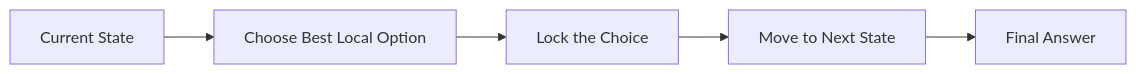
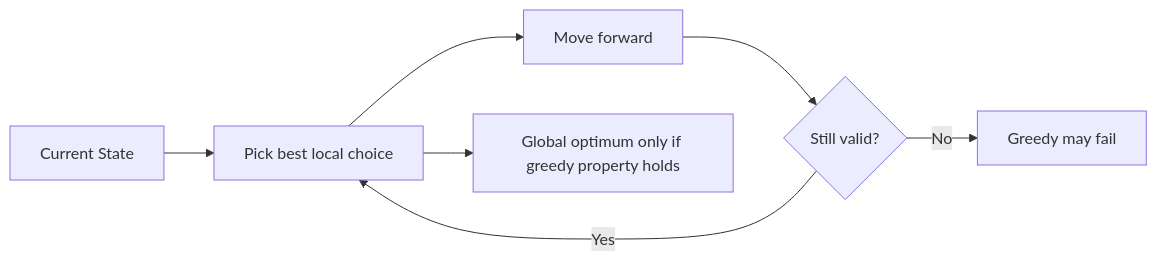
One commit to mthaiseer/springcloud-systemdesign-notes changed the first of 23 diagrams in CP_DSA_NOTES/TOPIC_WISE/greedy_patterns_visual_reference.md. Above: the diagram before and after it, drawn with Mermaid. The commit also changed other lines of this file, not shown here.

````diff
--- a/CP_DSA_NOTES/TOPIC_WISE/greedy_patterns_visual_reference.md
+++ b/CP_DSA_NOTES/TOPIC_WISE/greedy_patterns_visual_reference.md
@@ -39,7 +47,9 @@
 ```mermaid
 flowchart LR
-    A[Current State] --> B[Choose Best Local Option]
-    B --> C[Lock the Choice]
-    C --> D[Move to Next State]
-    D --> E[Final Answer]
+    A[Current State] --> B[Pick best local choice]
+    B --> C[Move forward]
+    C --> D{Still valid?}
+    D -->|Yes| B
+    D -->|No| E[Greedy may fail]
+    B --> F[Global optimum only if greedy property holds]
 ```
````
